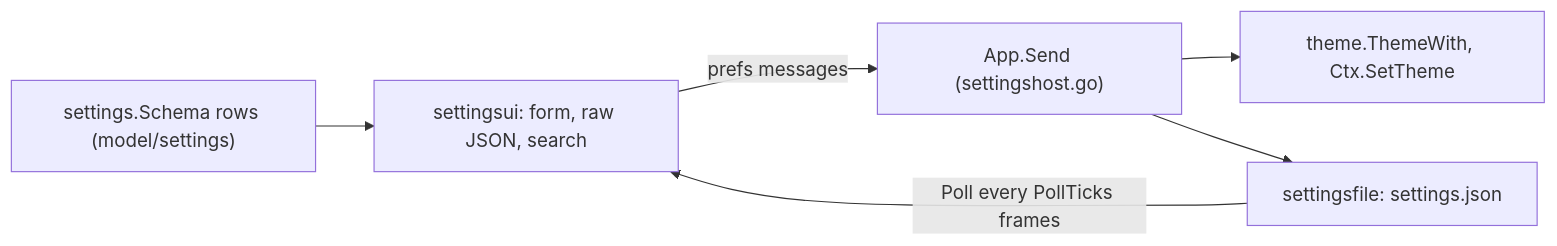
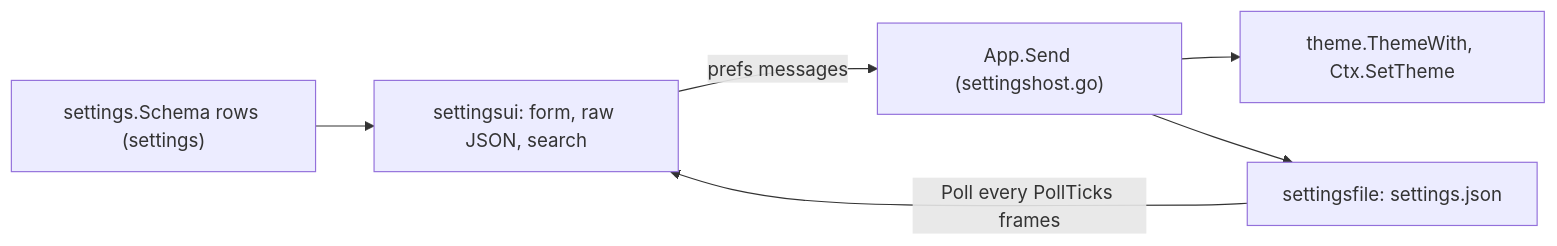
The diagram in .harness/architecture/settings.md (gascoigne-ai/gascoigne-workshop), drawn with Mermaid before and after one commit. The commit also changed other lines of this file and 125 other files, not shown here.

````diff
--- a/.harness/architecture/settings.md
+++ b/.harness/architecture/settings.md
@@ -3,8 +3,8 @@
 ```mermaid
 flowchart LR
-  schema["settings.Schema rows (model/settings)"] --> form["settingsui: form, raw JSON, search"]
+  schema["settings.Schema rows (settings)"] --> form["settingsui: form, raw JSON, search"]
   form -- "prefs messages" --> app["App.Send (settingshost.go)"]
   app --> theme["theme.ThemeWith, Ctx.SetTheme"]
   app --> file["settingsfile: settings.json"]
   file -- "Poll every PollTicks frames" --> form
 ```
````
